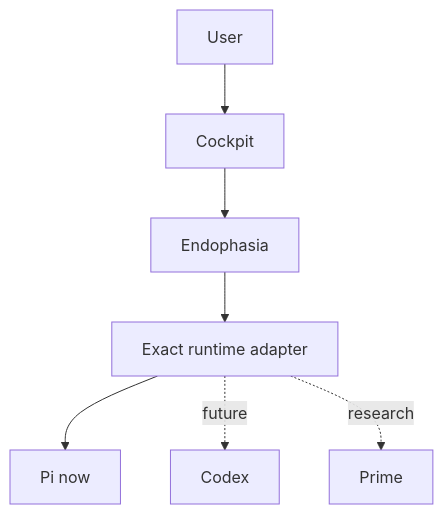
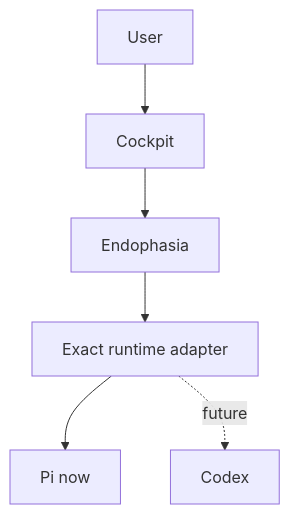
Before and after one commit to noctem-o/endophasia-pi-legacy-deprecated: the third of 7 diagrams in README.md, drawn with Mermaid. The commit also changed other lines of this file and 13 other files, not shown here.

```diff
--- a/README.md
+++ b/README.md
@@ -187,9 +187,8 @@
 ~~~mermaid
 flowchart TB
     U["User"] --> C["Cockpit"]
     C --> E["Endophasia"]
     E --> A["Exact runtime adapter"]
     A --> R["Pi now"]
     A -. "future" .-> X["Codex"]
-    A -. "research" .-> P["Prime"]
 ~~~
```
